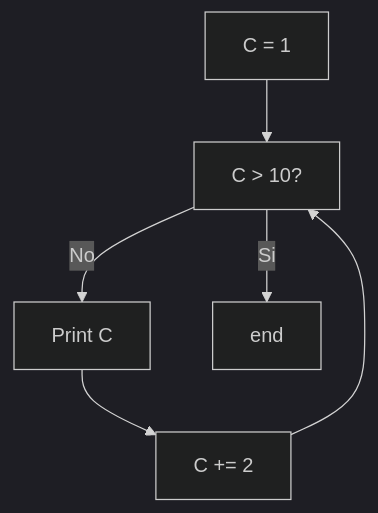
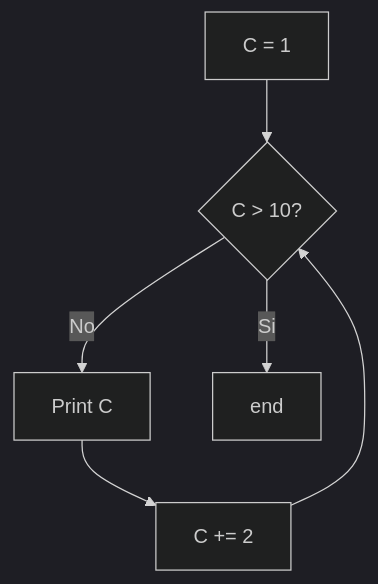
Before and after one commit to Chabok52/TP_8: the diagram in Ejercicio7.md, drawn with Mermaid (dark theme). The commit also changed 1 other file, not shown here.

Commit message:
Agrego un ejercicio y modifico uno pa que quede mas bonito

````diff
--- a/Ejercicio7.md
+++ b/Ejercicio7.md
@@ -3,8 +3,8 @@
 ```mermaid
 flowchart TD
-A[C = 1] --> B[C > 10?]
+A[C = 1] --> B{C > 10?}
     B --> |No| C[Print C]
     C -->  D[C += 2]
     D --> B
     B -->|Si| F[end]
 ```
````
